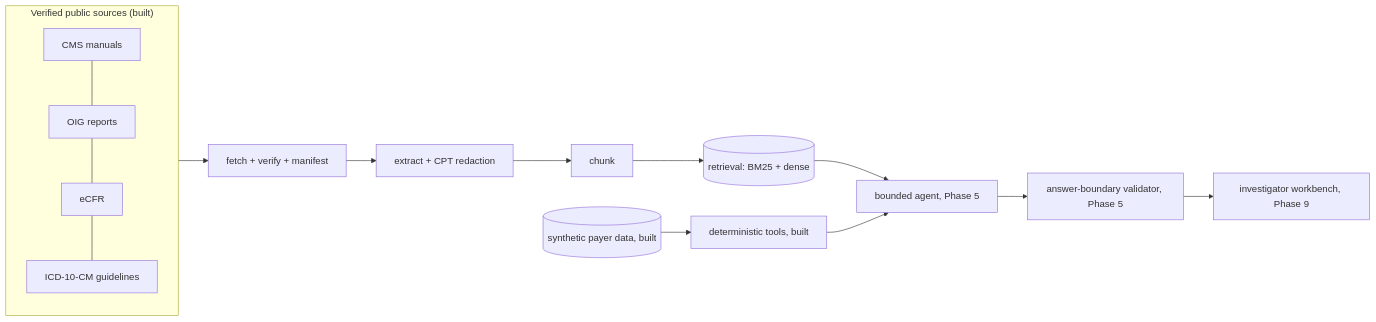
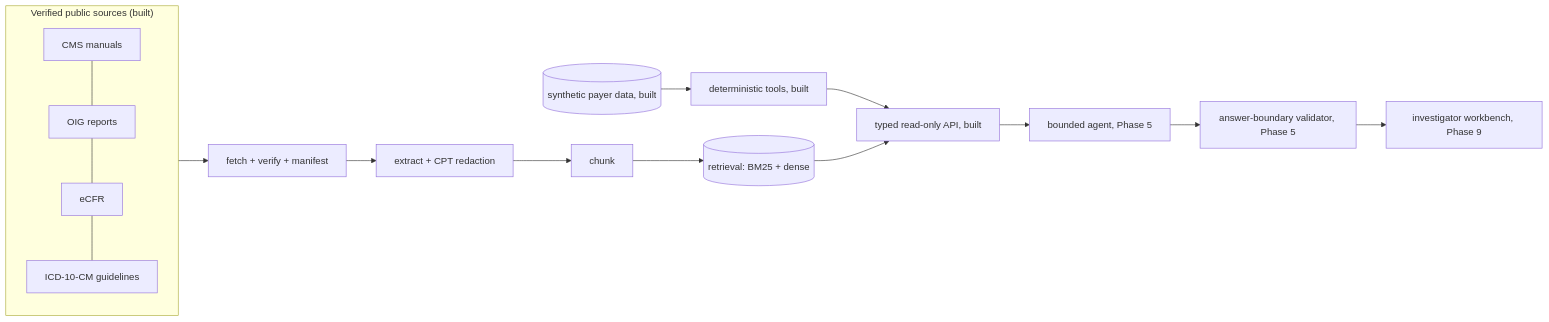
The diagram in docs/ARCHITECTURE.md (bowierliu/claimsignal), drawn with Mermaid before and after one commit. The commit also changed other lines of this file and 27 other files, not shown here.

Commit message:
Phase 4: typed read-only API over the tools and BM25 policy search

````diff
--- a/docs/ARCHITECTURE.md
+++ b/docs/ARCHITECTURE.md
@@ -11,15 +11,16 @@
 ```mermaid
 flowchart LR
     subgraph Sources["Verified public sources (built)"]
         S1[CMS manuals] --- S2[OIG reports] --- S3[eCFR] --- S4[ICD-10-CM guidelines]
     end
     Sources --> F[fetch + verify + manifest]
     F --> X[extract + CPT redaction]
     X --> C[chunk]
     C --> R[(retrieval: BM25 + dense)]
     D[(synthetic payer data, built)] --> T[deterministic tools, built]
-    R --> A[bounded agent, Phase 5]
-    T --> A
+    T --> API[typed read-only API, built]
+    R --> API
+    API --> A[bounded agent, Phase 5]
     A --> V[answer-boundary validator, Phase 5]
     V --> U[investigator workbench, Phase 9]
 ```
````
